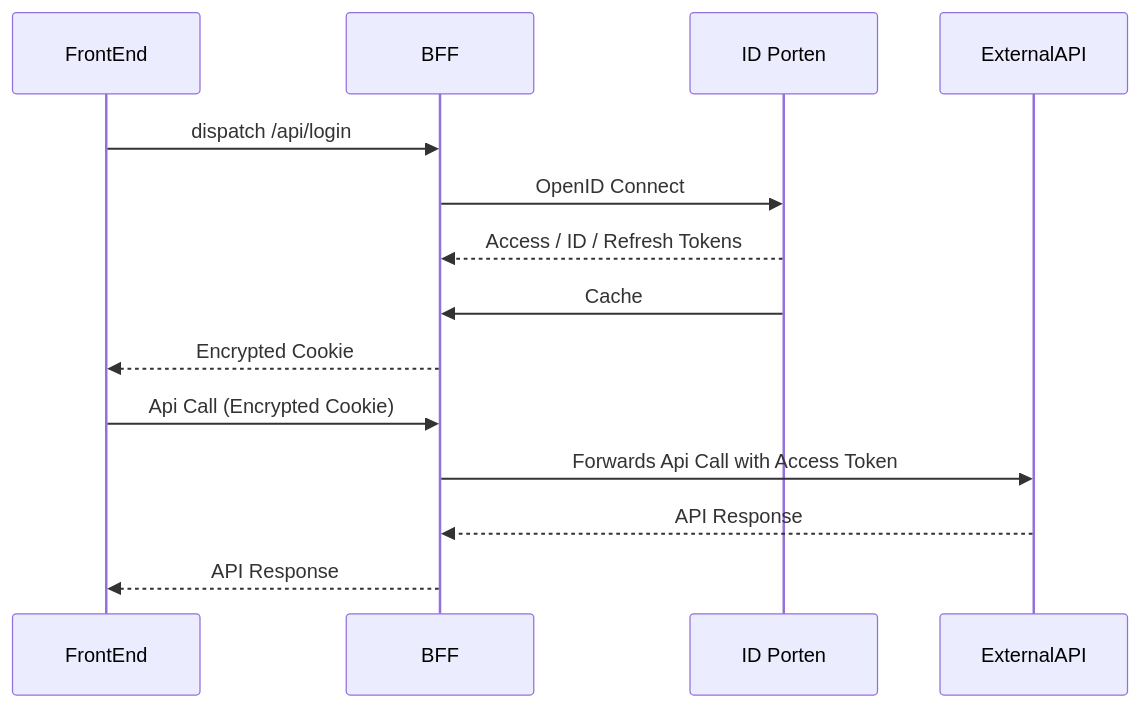
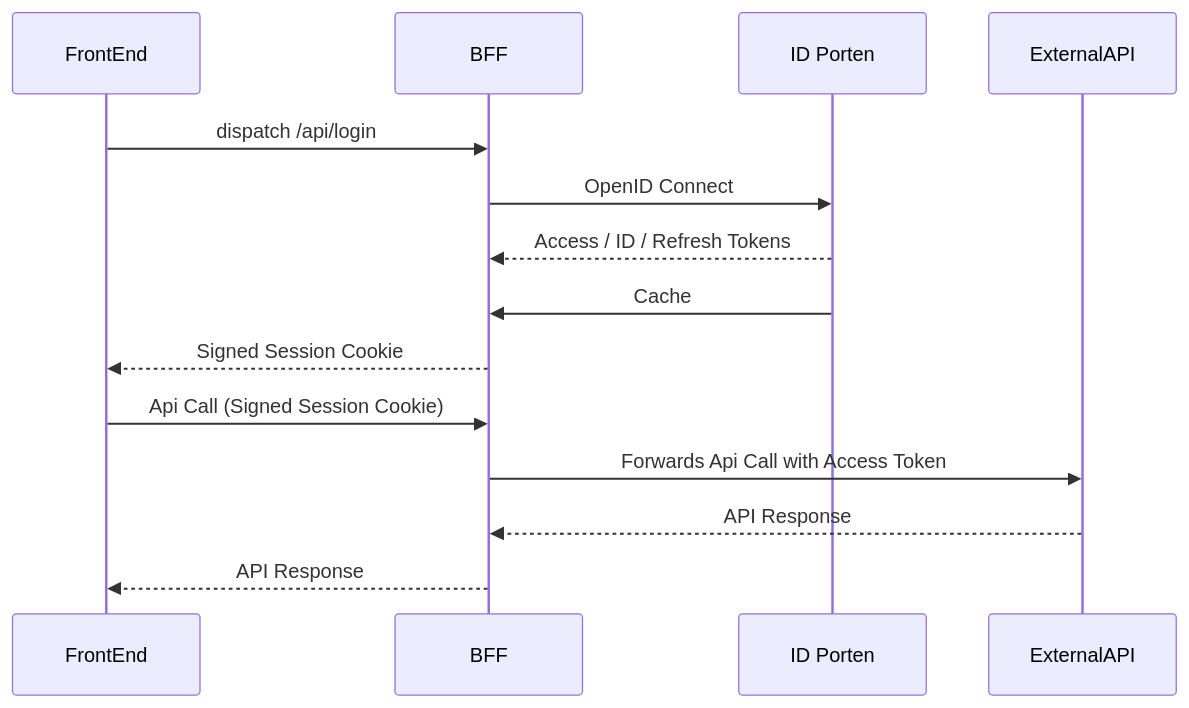
The diagram in packages/docs/src/content/docs/notes/id-porten/id-porten.mdx (Altinn/dialogporten-frontend), drawn with Mermaid before and after one commit. The commit also changed other lines of this file and 12 other files, not shown here.

````diff
--- a/packages/docs/src/content/docs/notes/id-porten/id-porten.mdx
+++ b/packages/docs/src/content/docs/notes/id-porten/id-porten.mdx
@@ -8,17 +8,17 @@
 ```mermaid
 sequenceDiagram
     participant FrontEnd
     participant BFF
     participant IDPorten as ID Porten
     participant ExternalAPI
 
     FrontEnd->>BFF: dispatch /api/login
     BFF->>IDPorten: OpenID Connect
     IDPorten-->>BFF: Access / ID / Refresh Tokens
     IDPorten->>BFF: Cache
-    BFF-->>FrontEnd: Encrypted Cookie
-    FrontEnd->>BFF: Api Call (Encrypted Cookie)
+    BFF-->>FrontEnd: Signed Session Cookie
+    FrontEnd->>BFF: Api Call (Signed Session Cookie)
     BFF->>ExternalAPI: Forwards Api Call with Access Token
     ExternalAPI-->>BFF: API Response
     BFF-->>FrontEnd: API Response
 ```
````
